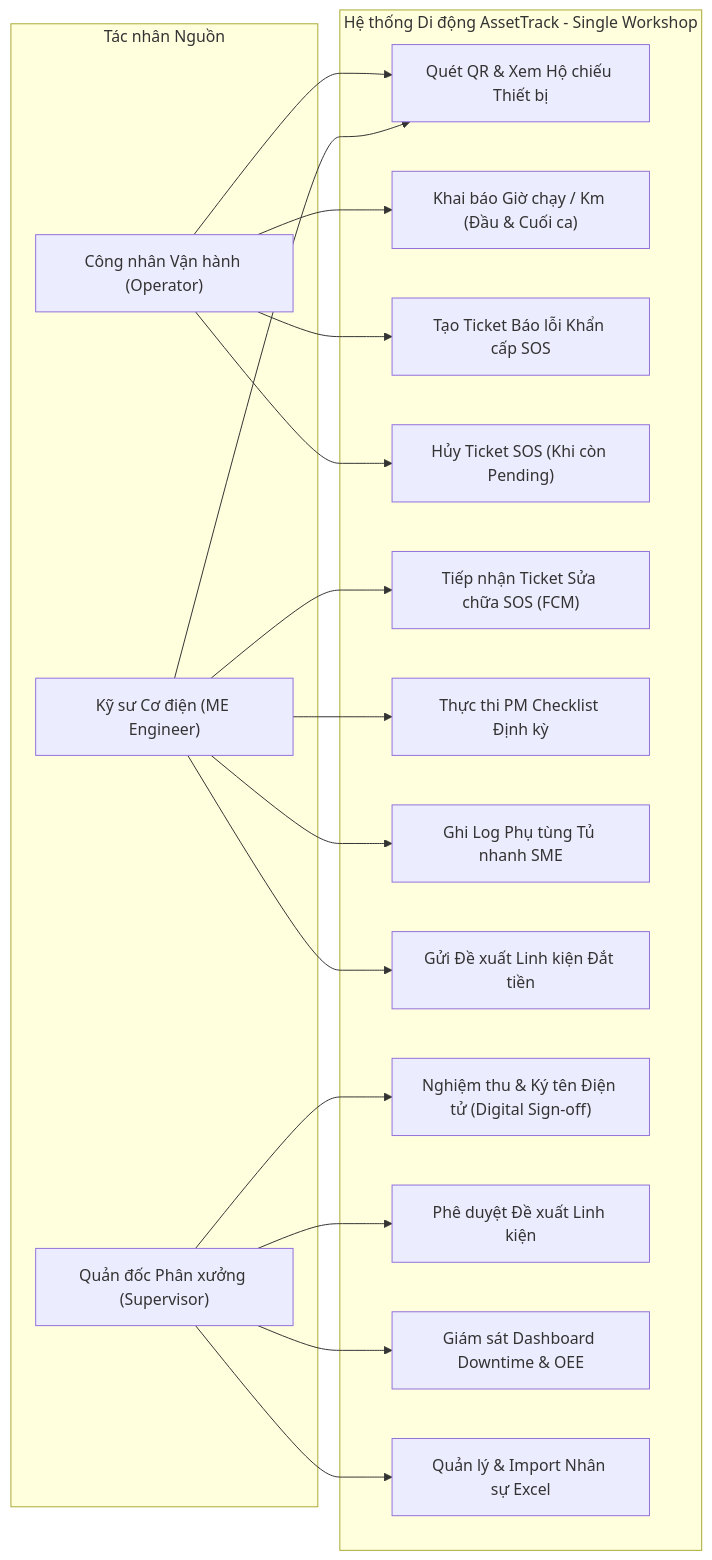
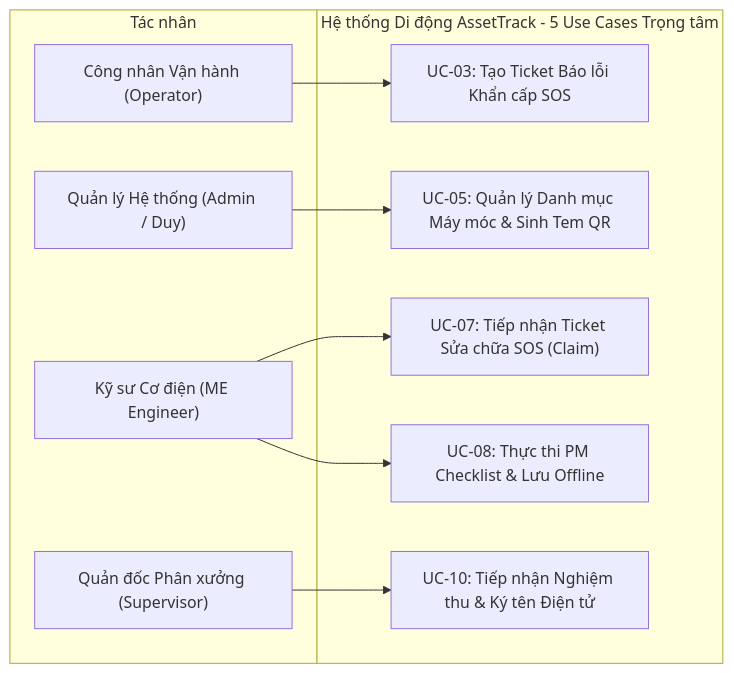
The first of 4 diagrams in BAO_CAO_BTL_ASSETTRACK.md (pvduy23052005/cse441-mobile-asset-track), drawn with Mermaid before and after one commit. The commit also changed other lines of this file and 4 other files, not shown here.

````diff
--- a/BAO_CAO_BTL_ASSETTRACK.md
+++ b/BAO_CAO_BTL_ASSETTRACK.md
@@ -52,39 +54,23 @@
 ```mermaid
 flowchart LR
-    subgraph Actors["Tác nhân Nguồn"]
+    subgraph Actors["Tác nhân"]
         Operator["Công nhân Vận hành (Operator)"]
+        Admin["Quản lý Hệ thống (Admin / Duy)"]
         ME["Kỹ sư Cơ điện (ME Engineer)"]
         Supervisor["Quản đốc Phân xưởng (Supervisor)"]
     end
 
-    subgraph System["Hệ thống Di động AssetTrack - Single Workshop"]
-        UC1["Quét QR & Xem Hộ chiếu Thiết bị"]
-        UC2["Khai báo Giờ chạy / Km (Đầu & Cuối ca)"]
-        UC3["Tạo Ticket Báo lỗi Khẩn cấp SOS"]
-        UC4["Hủy Ticket SOS (Khi còn Pending)"]
-        UC5["Tiếp nhận Ticket Sửa chữa SOS (FCM)"]
-        UC6["Thực thi PM Checklist Định kỳ"]
-        UC7["Ghi Log Phụ tùng Tủ nhanh SME"]
-        UC8["Gửi Đề xuất Linh kiện Đắt tiền"]
-        UC9["Nghiệm thu & Ký tên Điện tử (Digital Sign-off)"]
-        UC10["Phê duyệt Đề xuất Linh kiện"]
-        UC11["Giám sát Dashboard Downtime & OEE"]
-        UC12["Quản lý & Import Nhân sự Excel"]
+    subgraph System["Hệ thống Di động AssetTrack - 5 Use Cases Trọng tâm"]
+        UC03["UC-03: Tạo Ticket Báo lỗi Khẩn cấp SOS"]
+        UC05["UC-05: Quản lý Danh mục Máy móc & Sinh Tem QR"]
+        UC07["UC-07: Tiếp nhận Ticket Sửa chữa SOS (Claim)"]
+        UC08["UC-08: Thực thi PM Checklist & Lưu Offline"]
+        UC10["UC-10: Tiếp nhận Nghiệm thu & Ký tên Điện tử"]
     end
 
-    Operator --> UC1
-    Operator --> UC2
-    Operator --> UC3
-    Operator --> UC4
-
-    ME --> UC1
-    ME --> UC5
-    ME --> UC6
-    ME --> UC7
-    ME --> UC8
-
-    Supervisor --> UC9
+    Operator --> UC03
+    Admin --> UC05
+    ME --> UC07
+    ME --> UC08
     Supervisor --> UC10
-    Supervisor --> UC11
-    Supervisor --> UC12
 ```
````
